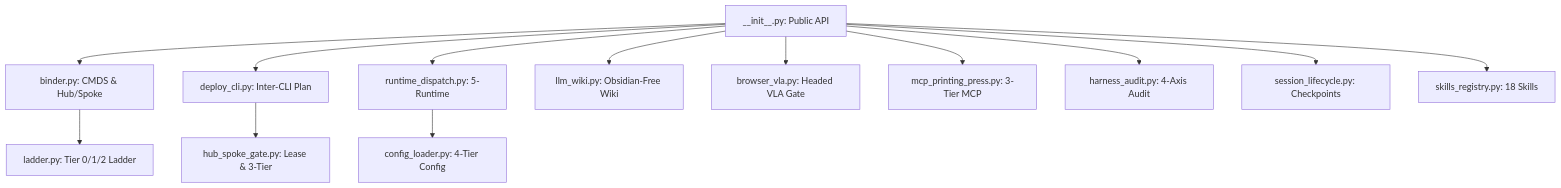
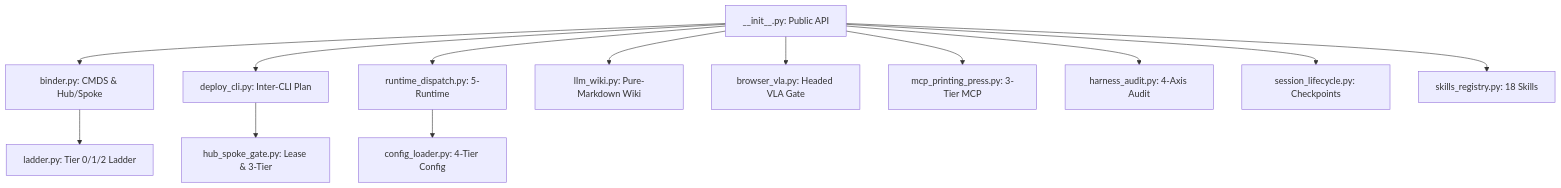
Before and after one commit to quamentalabs/patchwork-os: the second of 2 diagrams in docs/architecture/pwos-cockpit-and-5runtime-playbook.md, drawn with Mermaid. The commit also changed other lines of this file and 86 other files, not shown here.

````diff
--- a/docs/architecture/pwos-cockpit-and-5runtime-playbook.md
+++ b/docs/architecture/pwos-cockpit-and-5runtime-playbook.md
@@ -34,15 +34,15 @@
 ```mermaid
 flowchart TD
   INIT["__init__.py: Public API"] --> BIND["binder.py: CMDS & Hub/Spoke"]
   BIND --> LAD["ladder.py: Tier 0/1/2 Ladder"]
   INIT --> DCLI["deploy_cli.py: Inter-CLI Plan"]
   DCLI --> HSG["hub_spoke_gate.py: Lease & 3-Tier"]
   INIT --> RDSP["runtime_dispatch.py: 5-Runtime"]
   RDSP --> CFG["config_loader.py: 4-Tier Config"]
-  INIT --> WIKI["llm_wiki.py: Obsidian-Free Wiki"]
+  INIT --> WIKI["llm_wiki.py: Pure-Markdown Wiki"]
   INIT --> BVLA["browser_vla.py: Headed VLA Gate"]
   INIT --> MCPP["mcp_printing_press.py: 3-Tier MCP"]
   INIT --> HARN["harness_audit.py: 4-Axis Audit"]
   INIT --> SESS["session_lifecycle.py: Checkpoints"]
   INIT --> SKIL["skills_registry.py: 18 Skills"]
 ```
````
